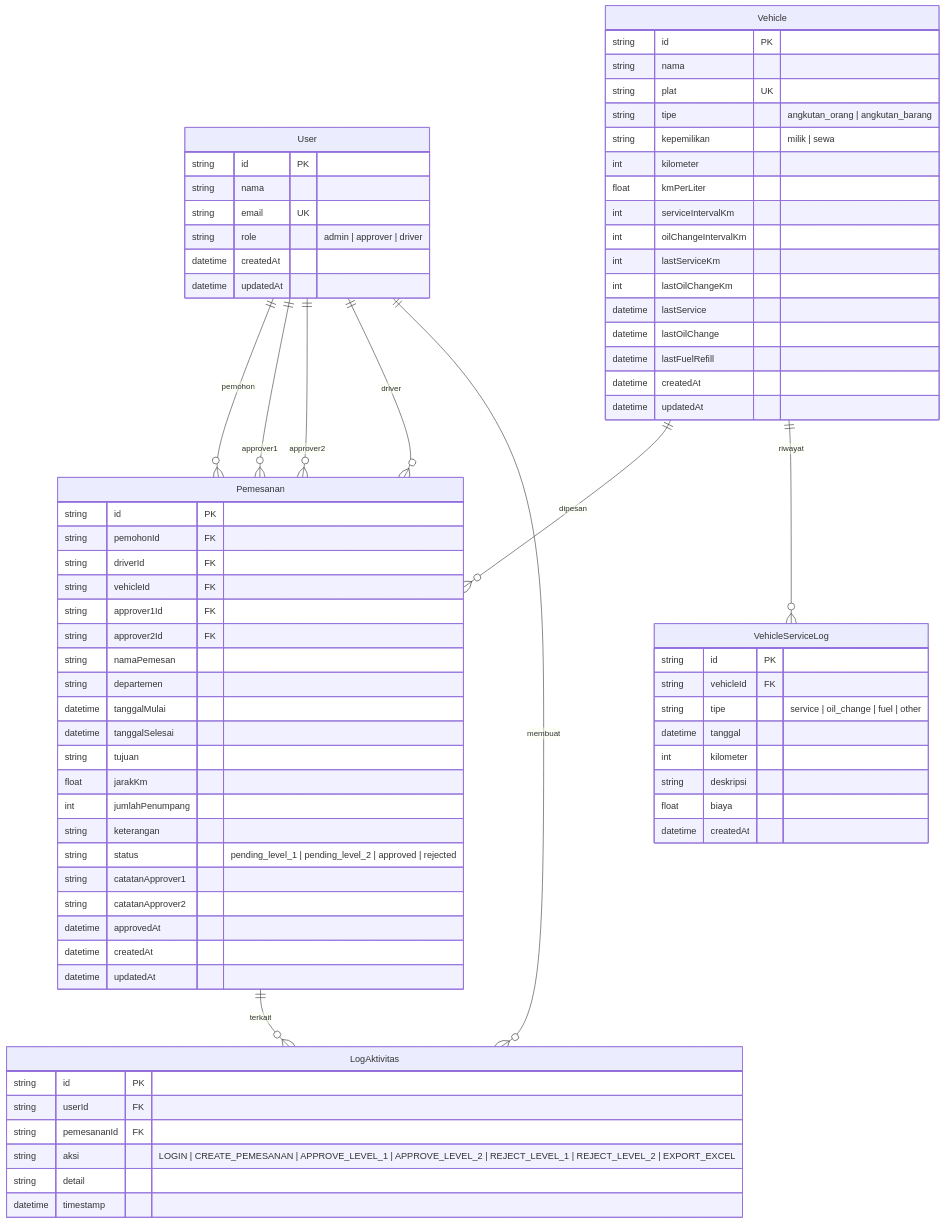
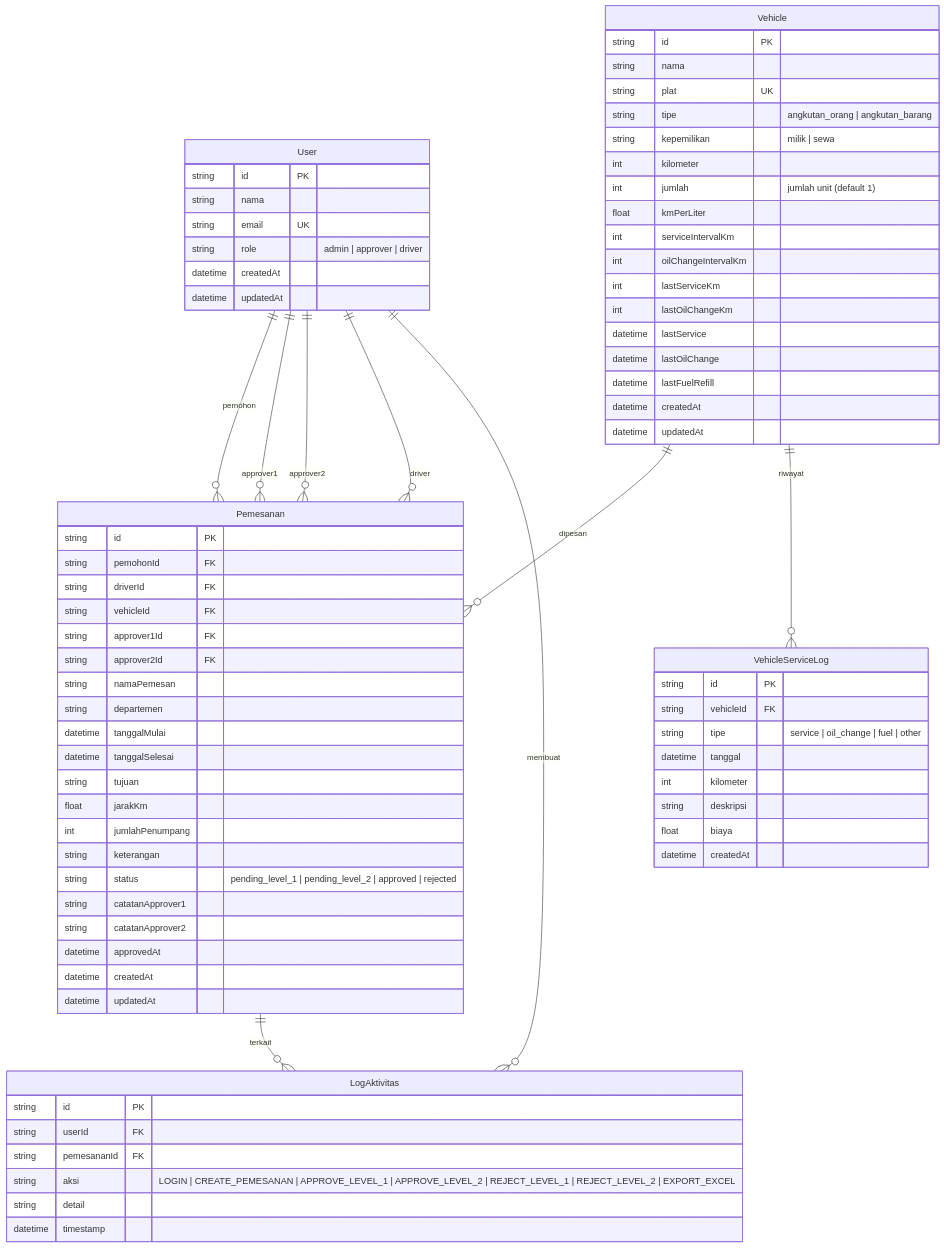
One commit to RayhanDitaAdam/teknikal-test changed the second of 2 diagrams in docs/README.md. Above: the diagram before and after it, drawn with Mermaid. The commit also changed other lines of this file and 3 other files, not shown here.

Commit message:
update docs: jumlah unit, edit vehicle, ketersediaan kendaraan

```diff
--- a/docs/README.md
+++ b/docs/README.md
@@ -90,6 +92,7 @@
         string tipe "angkutan_orang | angkutan_barang"
         string kepemilikan "milik | sewa"
         int kilometer
+        int jumlah "jumlah unit (default 1)"
         float kmPerLiter
         int serviceIntervalKm
         int oilChangeIntervalKm
```
